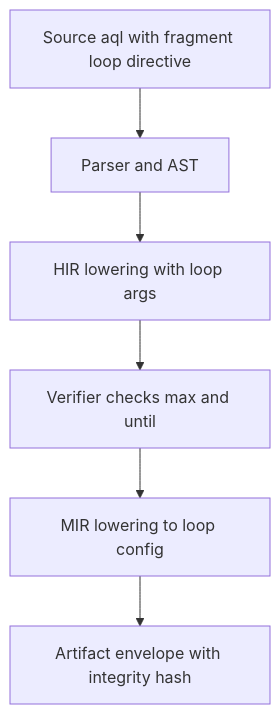
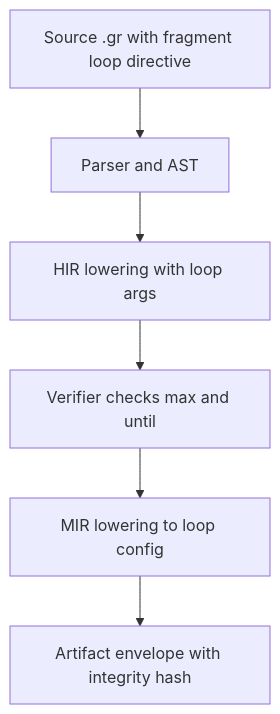
One commit to EntasisLabs/grapheme changed the first of 4 diagrams in docs/runtime/runtime-state-flow.md. Above: the diagram before and after it, drawn with Mermaid. The commit also changed 85 other files, not shown here.

````diff
--- a/docs/runtime/runtime-state-flow.md
+++ b/docs/runtime/runtime-state-flow.md
@@ -20,8 +20,8 @@
 ```mermaid
 flowchart TD
-  A[Source aql with fragment loop directive] --> B[Parser and AST]
+  A[Source .gr with fragment loop directive] --> B[Parser and AST]
   B --> C[HIR lowering with loop args]
   C --> D[Verifier checks max and until]
   D --> E[MIR lowering to loop config]
   E --> F[Artifact envelope with integrity hash]
 ```
````
